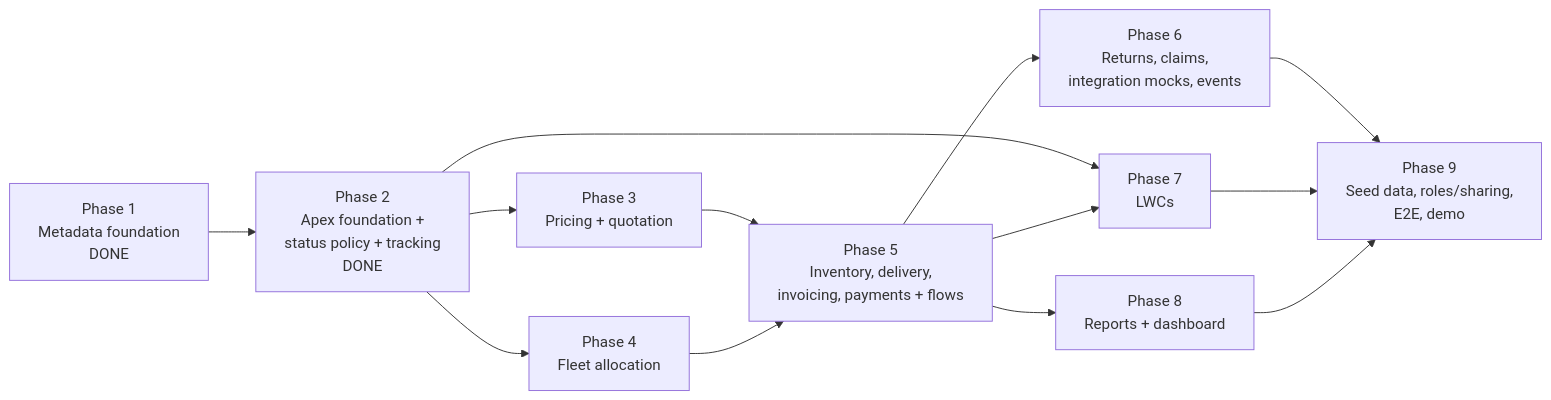
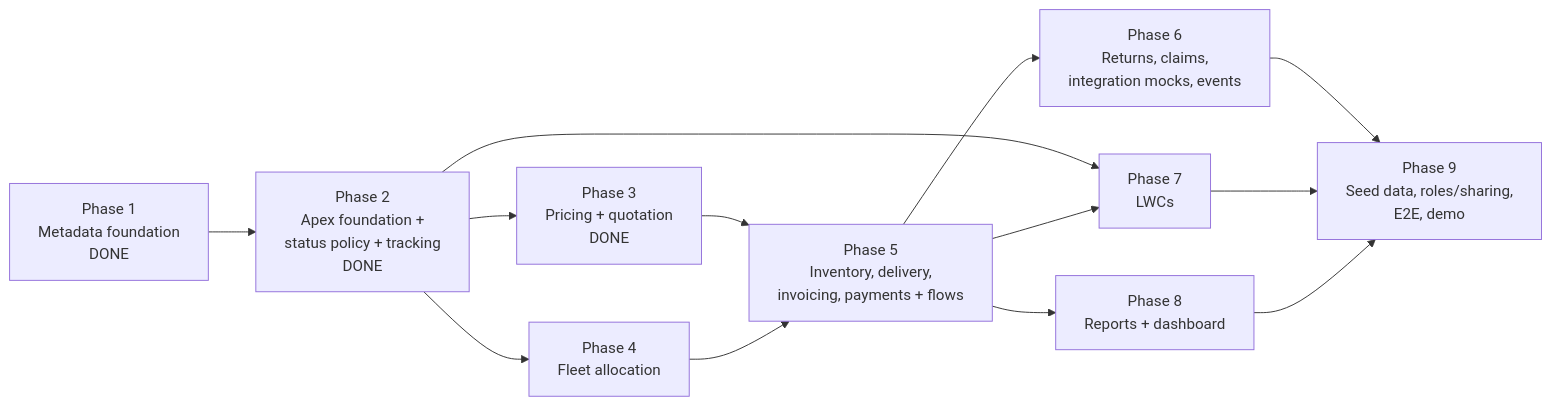
One commit to roopan78/eLogix changed the second of 2 diagrams in docs/SOLUTION_ARCHITECTURE.md. Above: the diagram before and after it, drawn with Mermaid. The commit also changed other lines of this file and 58 other files, not shown here.

First line of the commit message:
feat: implement Phase 3 pricing and quotation services

````diff
--- a/docs/SOLUTION_ARCHITECTURE.md
+++ b/docs/SOLUTION_ARCHITECTURE.md
@@ -124,15 +135,15 @@
 ```mermaid
 flowchart LR
     P1[Phase 1<br/>Metadata foundation<br/>DONE] --> P2[Phase 2<br/>Apex foundation +<br/>status policy + tracking<br/>DONE]
-    P2 --> P3[Phase 3<br/>Pricing + quotation]
+    P2 --> P3[Phase 3<br/>Pricing + quotation<br/>DONE]
     P2 --> P4[Phase 4<br/>Fleet allocation]
     P3 --> P5[Phase 5<br/>Inventory, delivery,<br/>invoicing, payments + flows]
     P4 --> P5
     P5 --> P6[Phase 6<br/>Returns, claims,<br/>integration mocks, events]
     P2 --> P7[Phase 7<br/>LWCs]
     P5 --> P7
     P5 --> P8[Phase 8<br/>Reports + dashboard]
     P6 --> P9[Phase 9<br/>Seed data, roles/sharing,<br/>E2E, demo]
     P7 --> P9
     P8 --> P9
 ```
````
